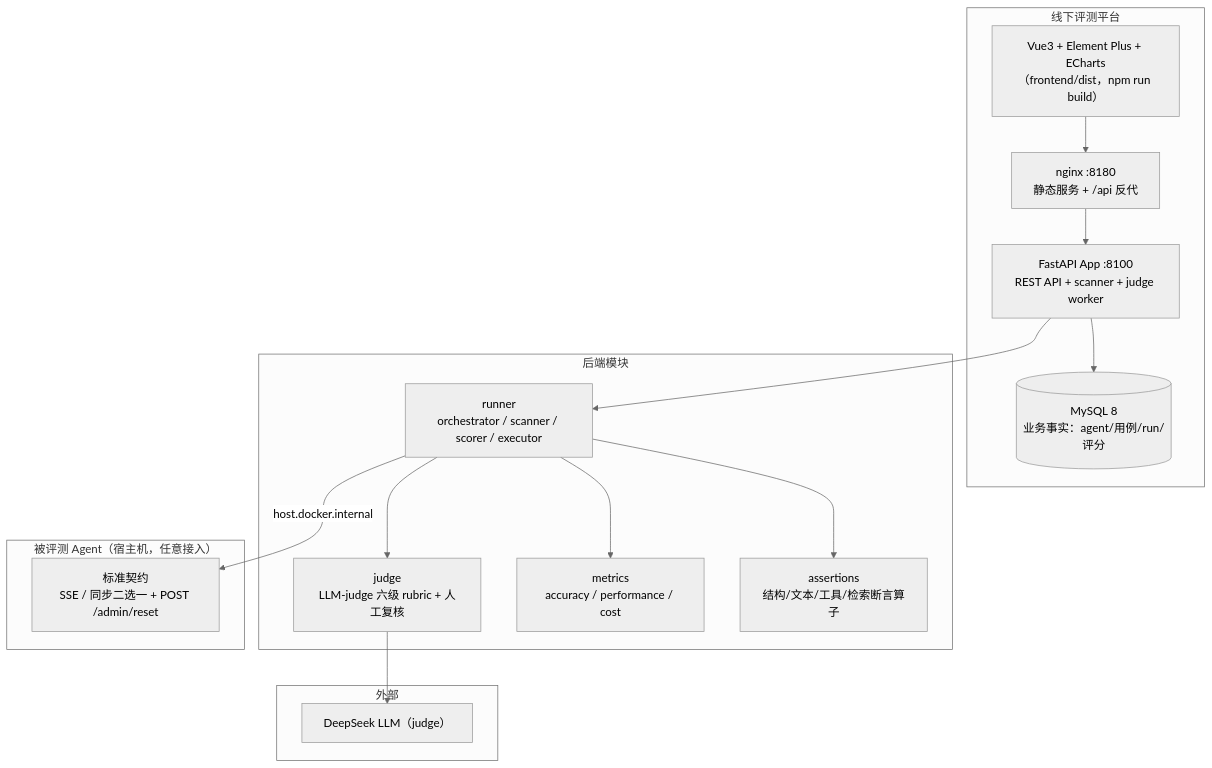
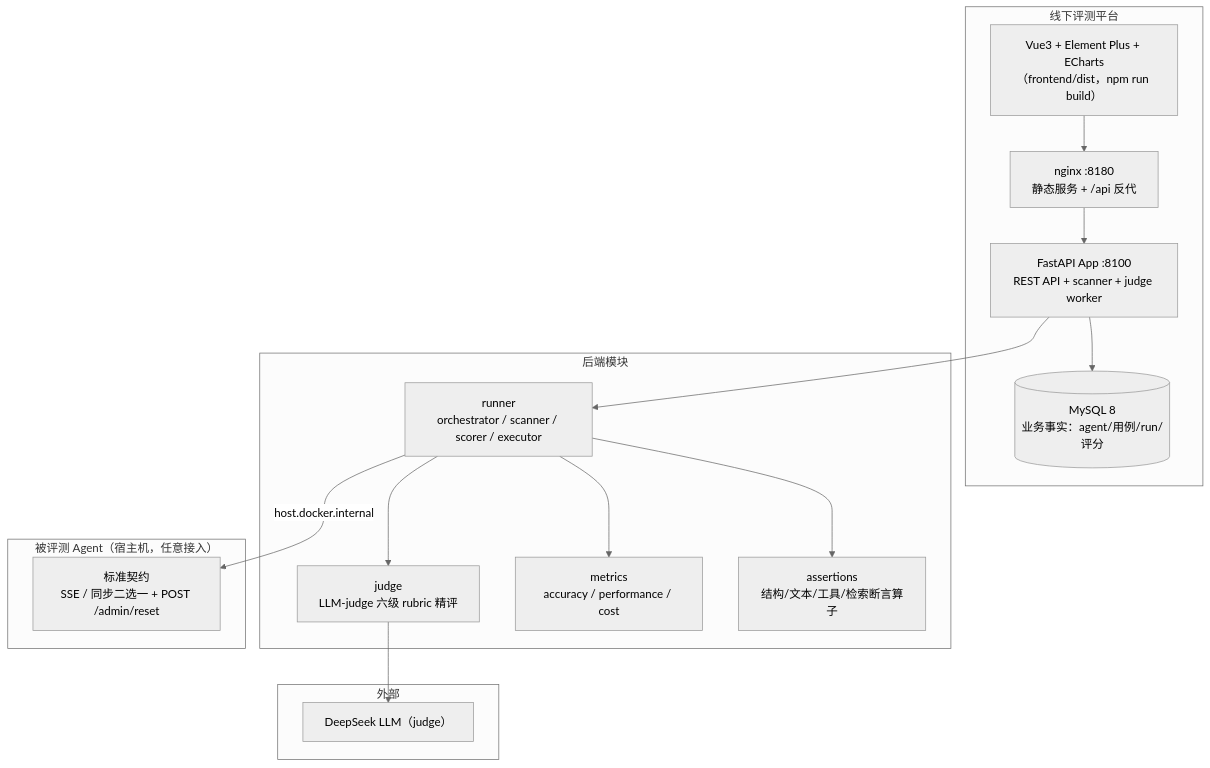
The diagram in README.md (zhanggy1984/agent-evaluation-offline), drawn with Mermaid (neutral theme) before and after one commit. The commit also changed other lines of this file and 67 other files, not shown here.

````diff
--- a/README.md
+++ b/README.md
@@ -115,31 +111,31 @@
 ```mermaid
 graph TB
     subgraph PLATFORM["线下评测平台"]
         WEB["Vue3 + Element Plus + ECharts<br/>（frontend/dist，npm run build）"]
         NGINX["nginx :8180<br/>静态服务 + /api 反代"]
         API["FastAPI App :8100<br/>REST API + scanner + judge worker"]
         MYSQL[(MySQL 8<br/>业务事实：agent/用例/run/评分)]
     end
     subgraph MODULE["后端模块"]
         RUN["runner<br/>orchestrator / scanner / scorer / executor"]
-        JUDGE["judge<br/>LLM-judge 六级 rubric + 人工复核"]
+        JUDGE["judge<br/>LLM-judge 六级 rubric 精评"]
         MET["metrics<br/>accuracy / performance / cost"]
         ASRT["assertions<br/>结构/文本/工具/检索断言算子"]
     end
     subgraph TARGET["被评测 Agent（宿主机，任意接入）"]
         AGENT["标准契约<br/>SSE / 同步二选一 + POST /admin/reset"]
     end
     subgraph EXT["外部"]
         DS["DeepSeek LLM（judge）"]
     end
 
     WEB --> NGINX
     NGINX --> API
     API --> RUN
     RUN --> JUDGE
     RUN --> MET
     RUN --> ASRT
     RUN -- host.docker.internal --> AGENT
     API --> MYSQL
     JUDGE --> DS
 ```
````
